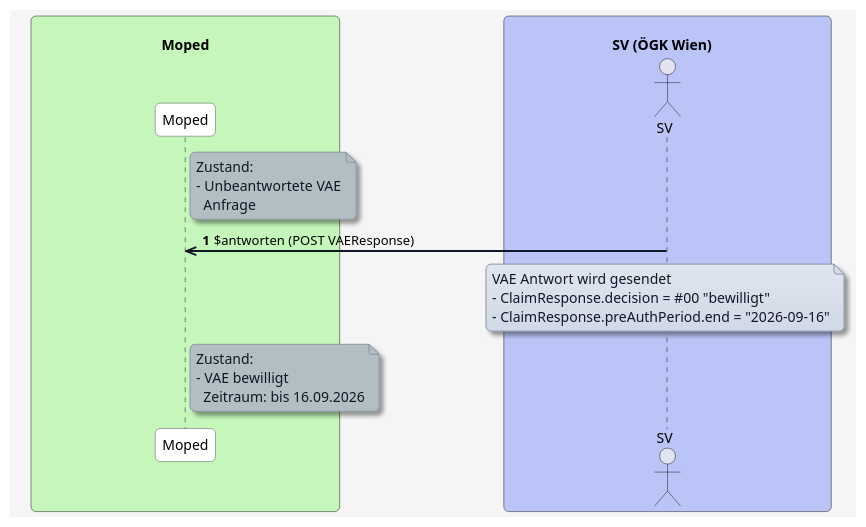
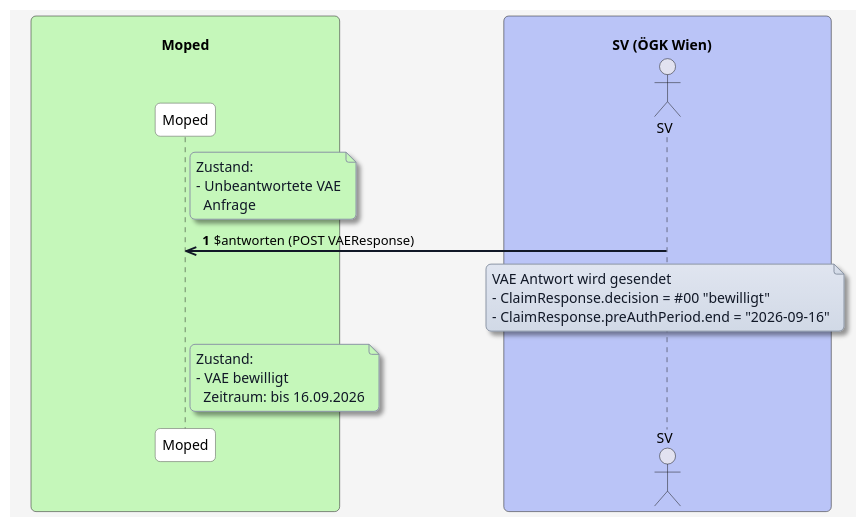
The diagram in input/images-source/antworten-positiv-zeitraum.plantuml (HL7Austria/ELGA-MOPED-R5), drawn with PlantUML before and after one commit. The commit also changed 8 other files, not shown here.

```diff
--- a/input/images-source/antworten-positiv-zeitraum.plantuml
+++ b/input/images-source/antworten-positiv-zeitraum.plantuml
@@ -1,72 +1,72 @@
 @startuml
 skinparam borderColor #000000
 skinparam backgroundColor #f5f5f5
 skinparam shadowing false
 skinparam roundCorner 10
 skinparam defaultFontName "Arial"
 skinparam defaultFontSize 14
 skinparam defaultFontColor #000000
 
 skinparam note {
   BackgroundColor #e0e5f0-#d1d9e6
   BorderColor #8b95a5
   BorderThickness 1
   RoundCorner 8
   Padding 6
   FontColor #111827
   Shadowing true
 }
 
 skinparam HyperlinkColor #0000EE
 skinparam HyperlinkUnderline false
 
 skinparam sequence {
   ParticipantBorderColor #555555
   ParticipantBackgroundColor #ffffff
   ParticipantFontColor #000000
   ParticipantFontSize 14
   ParticipantPadding 20
   ArrowColor #111827
   ArrowThickness 2
   ArrowFontColor #000000
   ArrowFontSize 13
   GroupBorderColor #111827
   GroupBackgroundColor #f3f4f6
   GroupBorderThickness 1
 }
 
 skinparam BoxPadding 20
 skinparam BoxBorderColor #555555
 
 box "\n                                   Moped                                   " #c5f7ba
   participant MP as "Moped"
 end box
 
 
 box "\n                             SV (ÖGK Wien)                                " #bac4f7
   actor SV as "SV"
 end box
 
 autonumber
 
-note right of MP #b2bfc2
+note right of MP #c5f7ba
 Zustand:
 - Unbeantwortete VAE
   Anfrage
 end note
 
 SV ->> MP: $antworten (POST VAEResponse)
 
 note over SV
 VAE Antwort wird gesendet
 - ClaimResponse.decision = #00 "bewilligt"
 - ClaimResponse.preAuthPeriod.end = "2026-09-16"
 end note
 
-note right of MP #b2bfc2
+note right of MP #c5f7ba
 Zustand:
 - VAE bewilligt 
   Zeitraum: bis 16.09.2026
 end note
 
 @enduml
```
